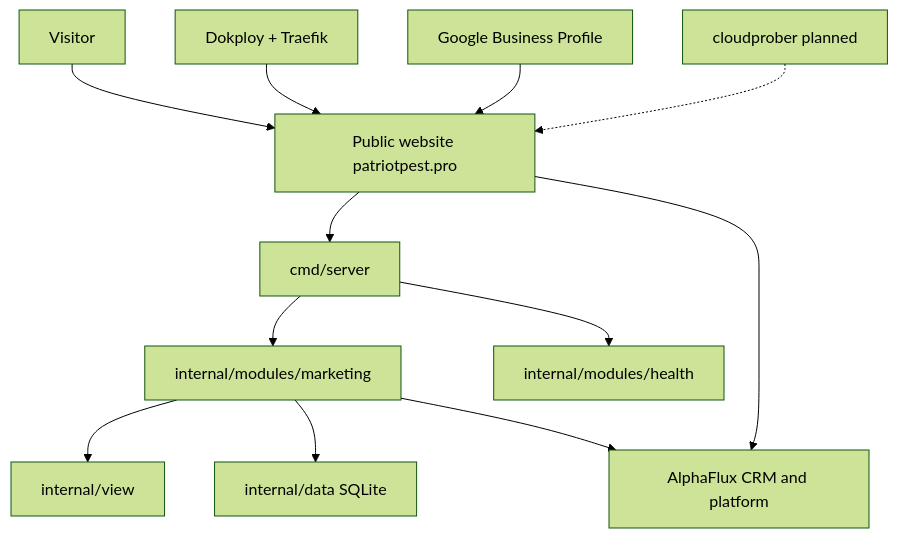
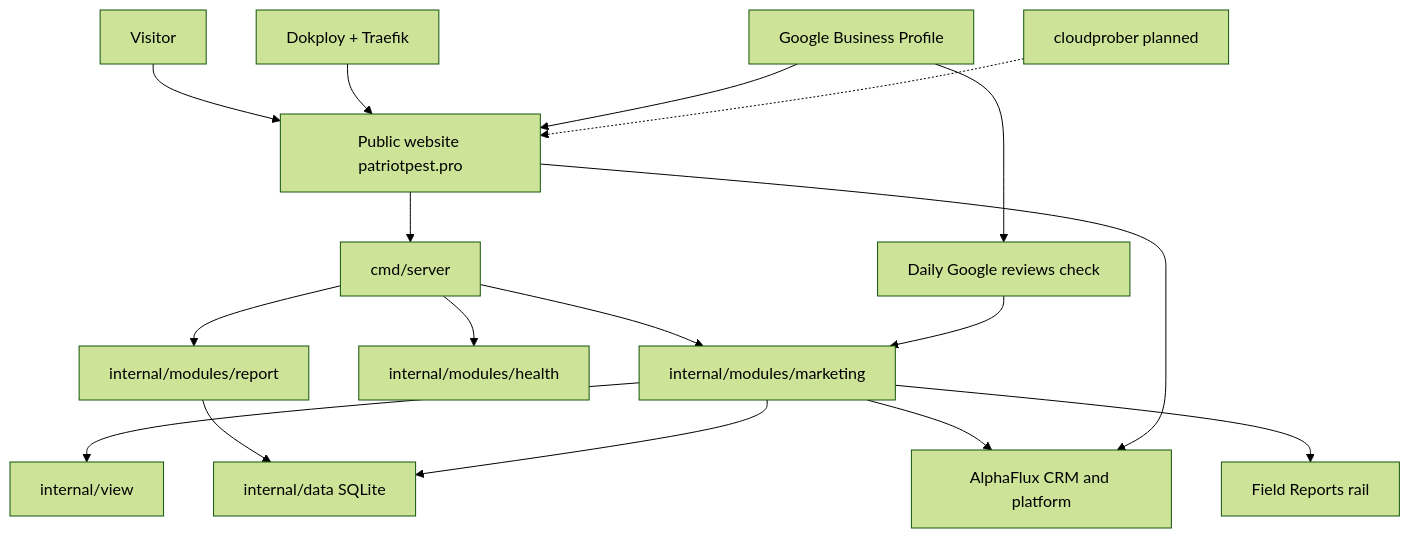
Before and after one commit to David2024patton/patriot-pest-go: the diagram in docs/MAP.md, drawn with Mermaid (forest theme). The commit also changed other lines of this file and 1 other file, not shown here.

Commit message:
Bring docs/MAP.md current (report module, reviews sync, rail) and add the diagram update rule to docs/RULES.md

````diff
--- a/docs/MAP.md
+++ b/docs/MAP.md
@@ -63,14 +71,19 @@
 ```mermaid
 flowchart TD
   V[Visitor] --> W[Public website patriotpest.pro]
   W --> S[cmd/server]
   S --> M[internal/modules/marketing]
   S --> H[internal/modules/health]
+  S --> R[internal/modules/report]
+  R --> D
   M --> VW[internal/view]
   M --> D[internal/data SQLite]
   M --> AF[AlphaFlux CRM and platform]
+  M --> FR[Field Reports rail]
   W --> AF
   DK[Dokploy + Traefik] --> W
   GBP[Google Business Profile] --> W
+  GBP --> DC[Daily Google reviews check]
+  DC --> M
   CP[cloudprober planned] -.-> W
 ```
````
